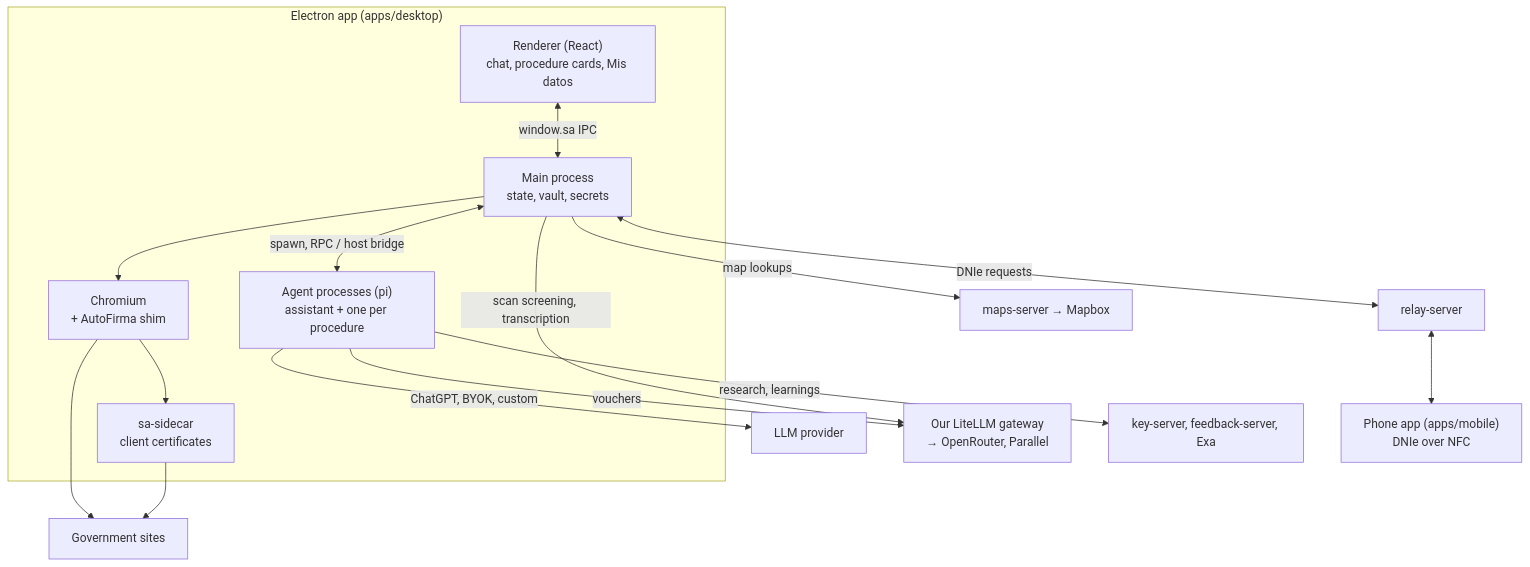
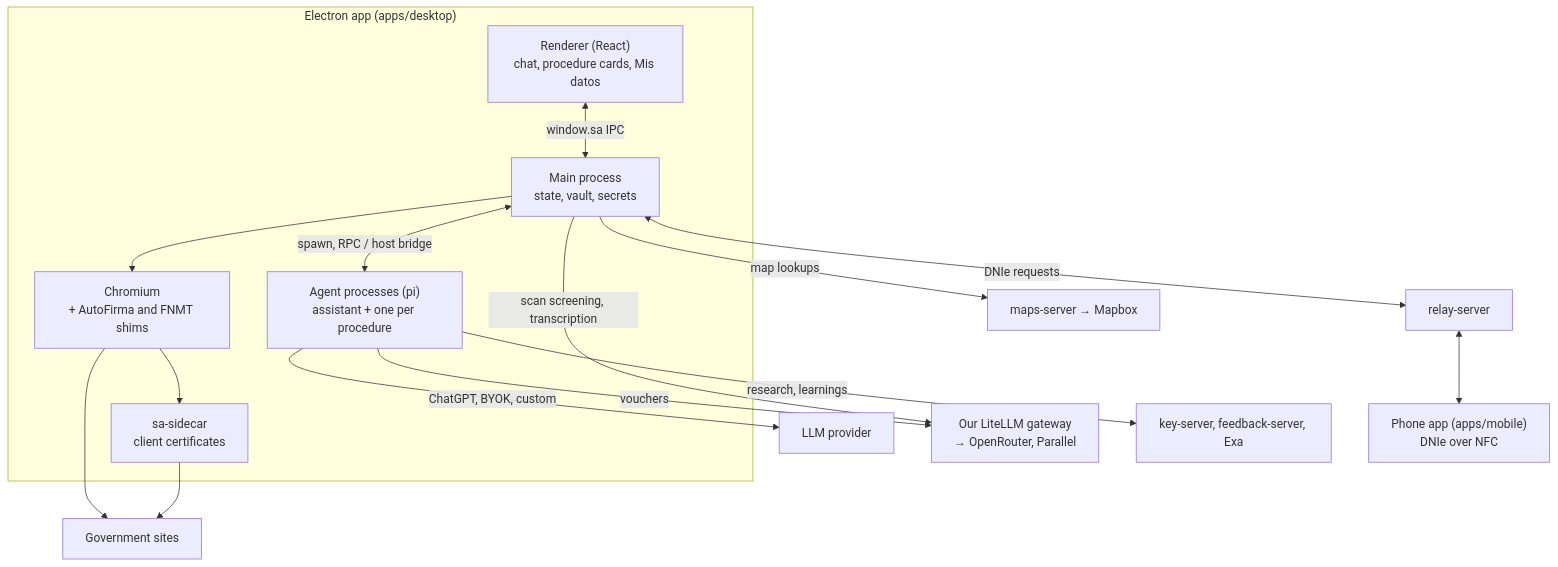
The diagram in docs/ARCHITECTURE.md (MeLlamoPablo/SpainAssist), drawn with Mermaid before and after one commit. The commit also changed other lines of this file and 51 other files, not shown here.

````diff
--- a/docs/ARCHITECTURE.md
+++ b/docs/ARCHITECTURE.md
@@ -8,25 +8,25 @@
 ```mermaid
 flowchart TB
   subgraph Desktop["Electron app (apps/desktop)"]
     Renderer["Renderer (React)<br/>chat, procedure cards, Mis datos"]
     Main["Main process<br/>state, vault, secrets"]
     Agents["Agent processes (pi)<br/>assistant + one per procedure"]
-    Browser["Chromium<br/>+ AutoFirma shim"]
+    Browser["Chromium<br/>+ AutoFirma and FNMT shims"]
     Sidecar["sa-sidecar<br/>client certificates"]
   end
 
   Renderer <-->|"window.sa IPC"| Main
   Main <-->|"spawn, RPC / host bridge"| Agents
   Main --> Browser
   Browser --> Sidecar
   Browser --> Sites["Government sites"]
   Sidecar --> Sites
 
   Agents -->|"ChatGPT, BYOK, custom"| Provider["LLM provider"]
   Agents -->|"vouchers"| Gateway["Our LiteLLM gateway<br/>→ OpenRouter, Parallel"]
   Agents -->|"research, learnings"| Research["key-server, feedback-server, Exa"]
   Main -->|"scan screening, transcription"| Gateway
   Main -->|"map lookups"| Maps["maps-server → Mapbox"]
   Main <-->|"DNIe requests"| Relay["relay-server"]
   Relay <--> Phone["Phone app (apps/mobile)<br/>DNIe over NFC"]
 ```
````
